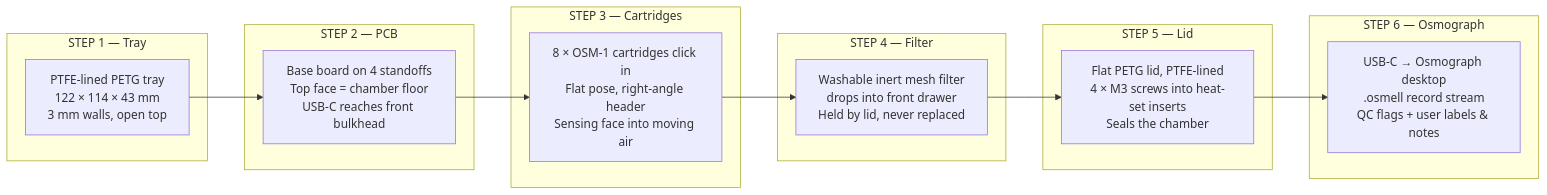
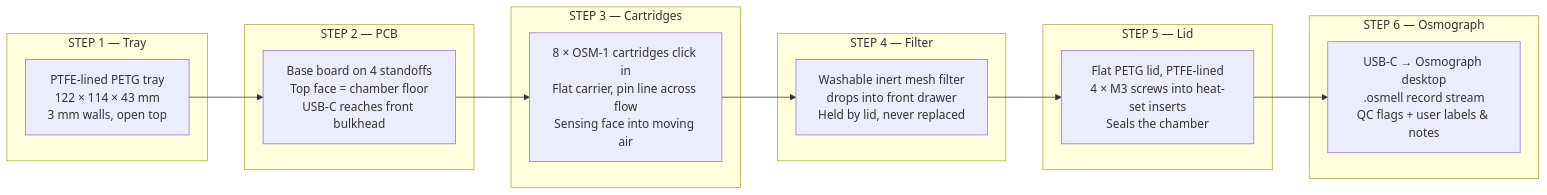
The diagram in README.md (OpenSmell/smell-monitor), drawn with Mermaid before and after one commit. The commit also changed other lines of this file and 27 other files, not shown here.

````diff
--- a/README.md
+++ b/README.md
@@ -71,28 +80,28 @@
 ```mermaid
 flowchart LR
     subgraph step1 ["STEP 1 — Tray"]
         T[PTFE-lined PETG tray<br/>122 × 114 × 43 mm<br/>3 mm walls, open top]
     end
 
     subgraph step2 ["STEP 2 — PCB"]
         P[Base board on 4 standoffs<br/>Top face = chamber floor<br/>USB-C reaches front bulkhead]
     end
 
     subgraph step3 ["STEP 3 — Cartridges"]
-        C[8 × OSM-1 cartridges click in<br/>Flat pose, right-angle header<br/>Sensing face into moving air]
+        C[8 × OSM-1 cartridges click in<br/>Flat carrier, pin line across flow<br/>Sensing face into moving air]
     end
 
     subgraph step4 ["STEP 4 — Filter"]
         F[Washable inert mesh filter<br/>drops into front drawer<br/>Held by lid, never replaced]
     end
 
     subgraph step5 ["STEP 5 — Lid"]
         L[Flat PETG lid, PTFE-lined<br/>4 × M3 screws into heat-set inserts<br/>Seals the chamber]
     end
 
     subgraph step6 ["STEP 6 — Osmograph"]
         O[USB-C → Osmograph desktop<br/>.osmell record stream<br/>QC flags + user labels & notes]
     end
 
     T --> P --> C --> F --> L --> O
 ```
````
